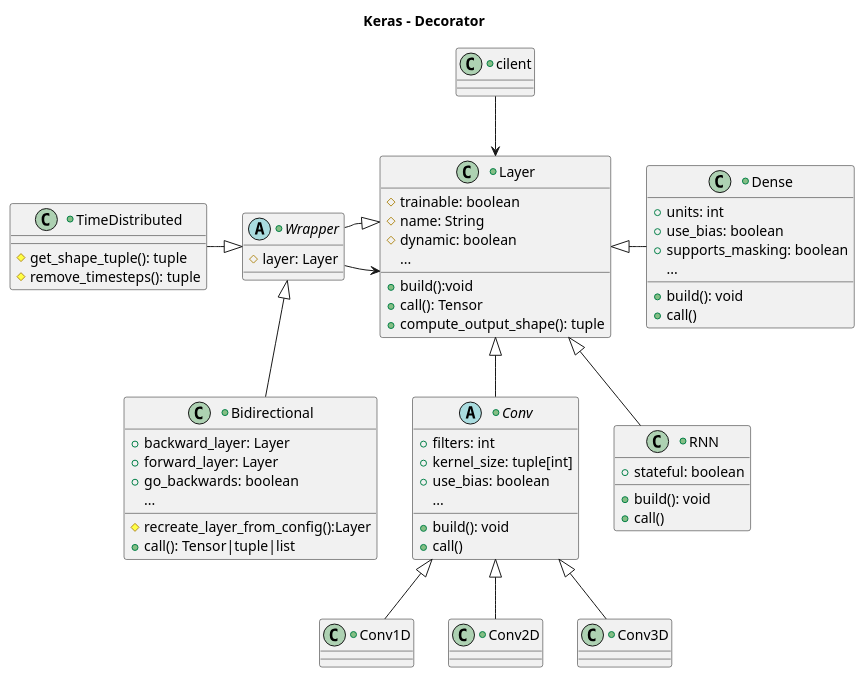
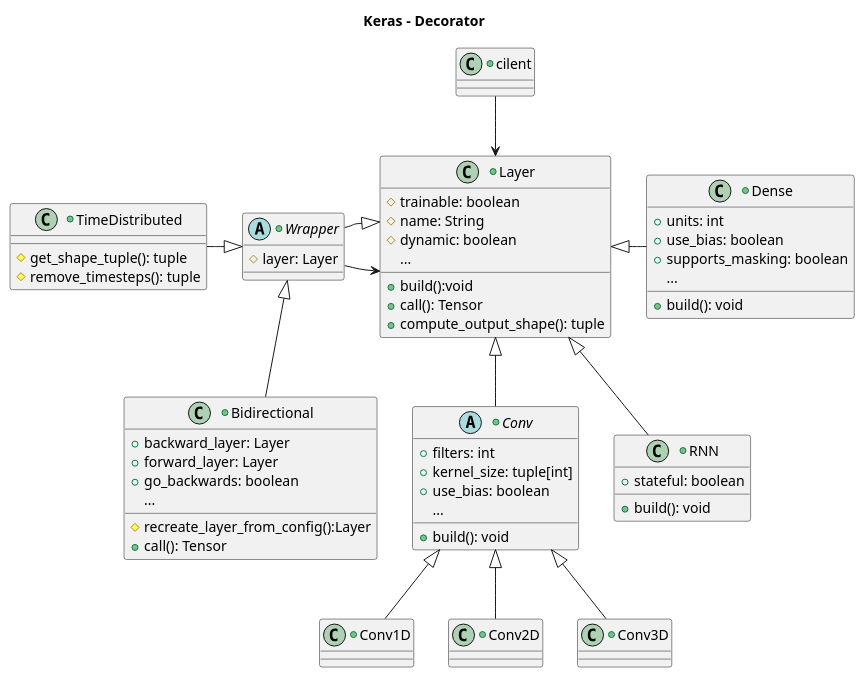
One commit to pholpaphankorn/keras_softarch_assignment changed the diagram in uml_diagram/src/keras_wrapper_lite.puml. Above: the diagram before and after it, drawn with PlantUML. The commit also changed 2 other files, not shown here.

```diff
--- a/uml_diagram/src/keras_wrapper_lite.puml
+++ b/uml_diagram/src/keras_wrapper_lite.puml
@@ -1,74 +1,71 @@
 @startuml
 
 title Keras - Decorator
     
 
 +abstract class Wrapper{
     # layer: Layer
     
 }
 
 +class Layer{
     # trainable: boolean
     # name: String
     # dynamic: boolean
     ...
     +build():void
     + call(): Tensor
     + compute_output_shape(): tuple
 }
 
 +class TimeDistributed {
     # get_shape_tuple(): tuple
     # remove_timesteps(): tuple
 }
 +class Dense {
     +build(): void
-    +call()
     +units: int
     +use_bias: boolean
     +supports_masking: boolean
     ...
 }
 
 +class RNN extends Layer {
     +build(): void
-    +call()
     +stateful: boolean
 }
 
 +abstract class Conv {
     +build(): void
-    +call()
     +filters: int
     +kernel_size: tuple[int]
     +use_bias: boolean
     ...
 }
 +class Conv1D extends Conv{
     
 }
 +class Conv2D extends Conv{
 
 }
 +class Conv3D extends Conv{
     
 }
 +class Bidirectional extends Wrapper{
     + backward_layer: Layer
     + forward_layer: Layer
     + go_backwards: boolean
     ...
     # recreate_layer_from_config():Layer
-    + call(): Tensor|tuple|list
+    + call(): Tensor
 }
 +class cilent{
 
 }
 cilent -down-> Layer
 Wrapper -right-> Layer
 Wrapper -right-|> Layer
 Conv -up-|> Layer
 Dense -left-|> Layer
 TimeDistributed -right-|> Wrapper
 @enduml
```
